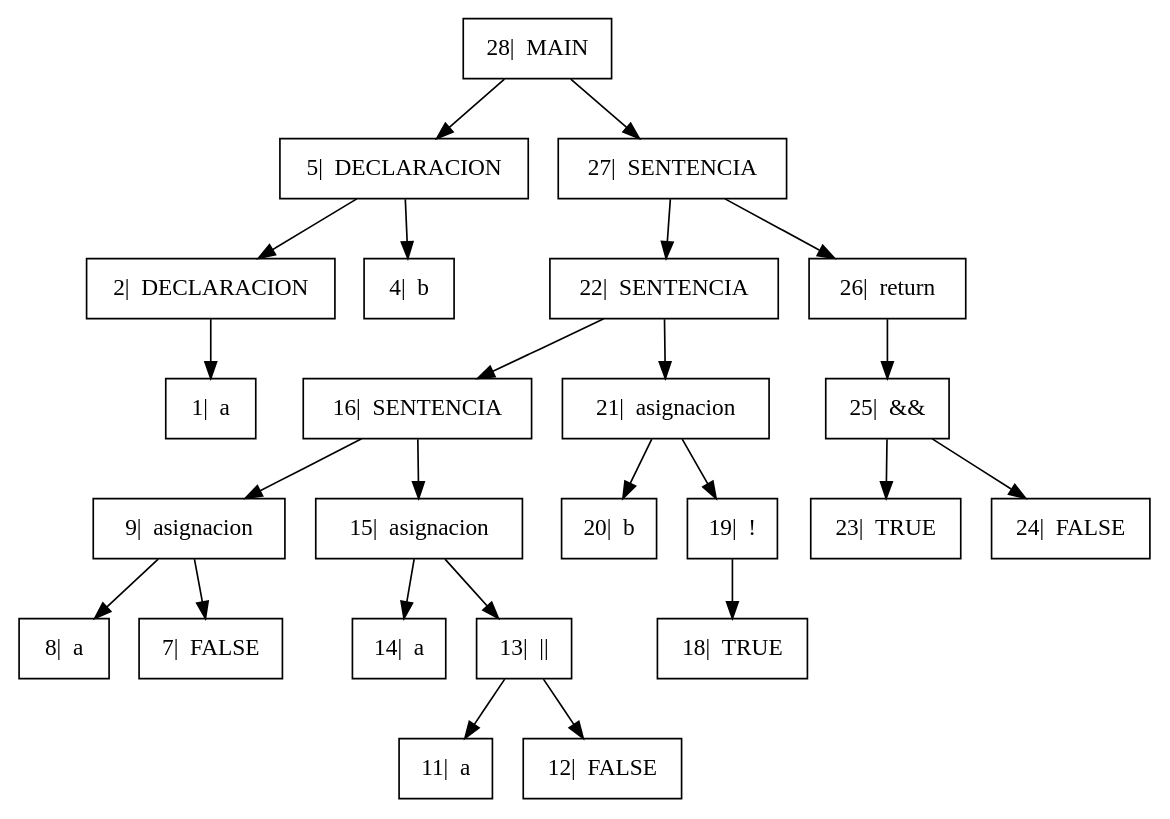
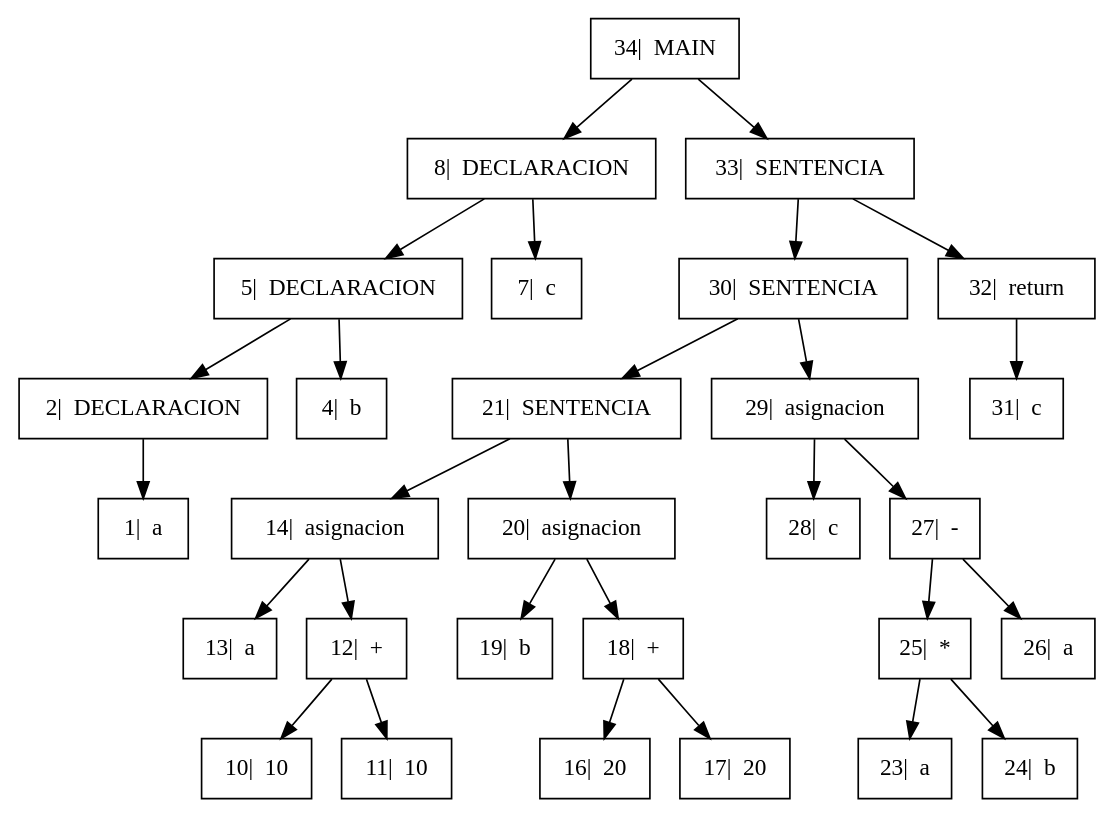
Before and after one commit to GiovA07/PRE-PROYECTO-COMPILADORES: the diagram in Proyecto/Arbol.dot, drawn with Graphviz. The commit also changed 8 other files, not shown here.

```diff
--- a/Proyecto/Arbol.dot
+++ b/Proyecto/Arbol.dot
@@ -1,19 +1,21 @@
 digraph{
 
 rankdir=TB;
 
 node[shape=box];
-"28|  MAIN" -> "5|  DECLARACION", "27|  SENTENCIA";
+"34|  MAIN" -> "8|  DECLARACION", "33|  SENTENCIA";
+"8|  DECLARACION" -> "5|  DECLARACION", "7|  c";
 "5|  DECLARACION" -> "2|  DECLARACION", "4|  b";
 "2|  DECLARACION" -> "1|  a" ;
-"27|  SENTENCIA" -> "22|  SENTENCIA", "26|  return";
-"22|  SENTENCIA" -> "16|  SENTENCIA", "21|  asignacion";
-"16|  SENTENCIA" -> "9|  asignacion", "15|  asignacion";
-"9|  asignacion" -> "8|  a", "7|  FALSE";
-"15|  asignacion" -> "14|  a", "13|  ||";
-"13|  ||" -> "11|  a", "12|  FALSE";
-"21|  asignacion" -> "20|  b", "19|  !";
-"19|  !" -> "18|  TRUE" ;
-"26|  return" -> "25|  &&" ;
-"25|  &&" -> "23|  TRUE", "24|  FALSE";
+"33|  SENTENCIA" -> "30|  SENTENCIA", "32|  return";
+"30|  SENTENCIA" -> "21|  SENTENCIA", "29|  asignacion";
+"21|  SENTENCIA" -> "14|  asignacion", "20|  asignacion";
+"14|  asignacion" -> "13|  a", "12|  +";
+"12|  +" -> "10|  10", "11|  10";
+"20|  asignacion" -> "19|  b", "18|  +";
+"18|  +" -> "16|  20", "17|  20";
+"29|  asignacion" -> "28|  c", "27|  -";
+"27|  -" -> "25|  *", "26|  a";
+"25|  *" -> "23|  a", "24|  b";
+"32|  return" -> "31|  c" ;
 }
```
